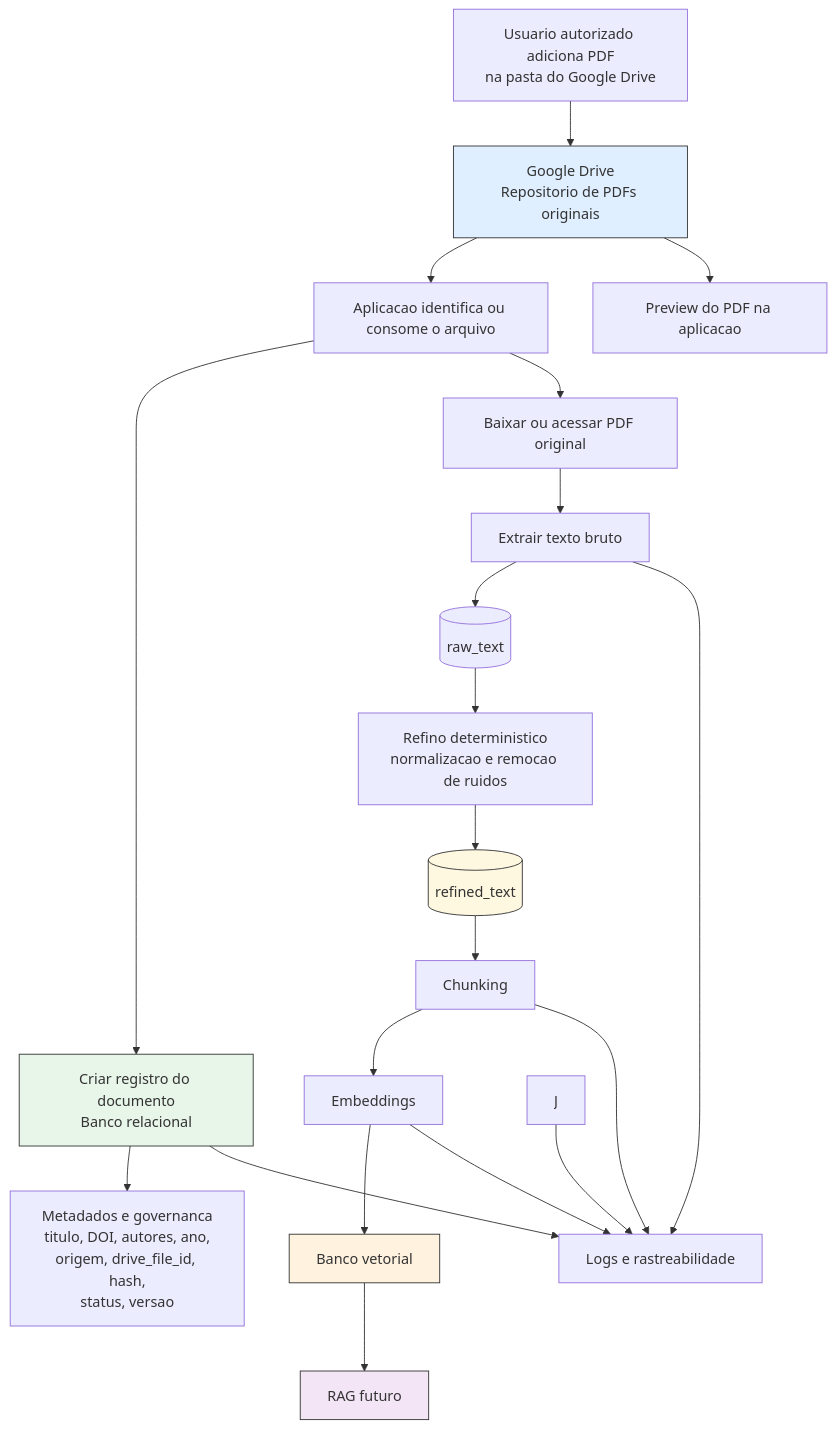
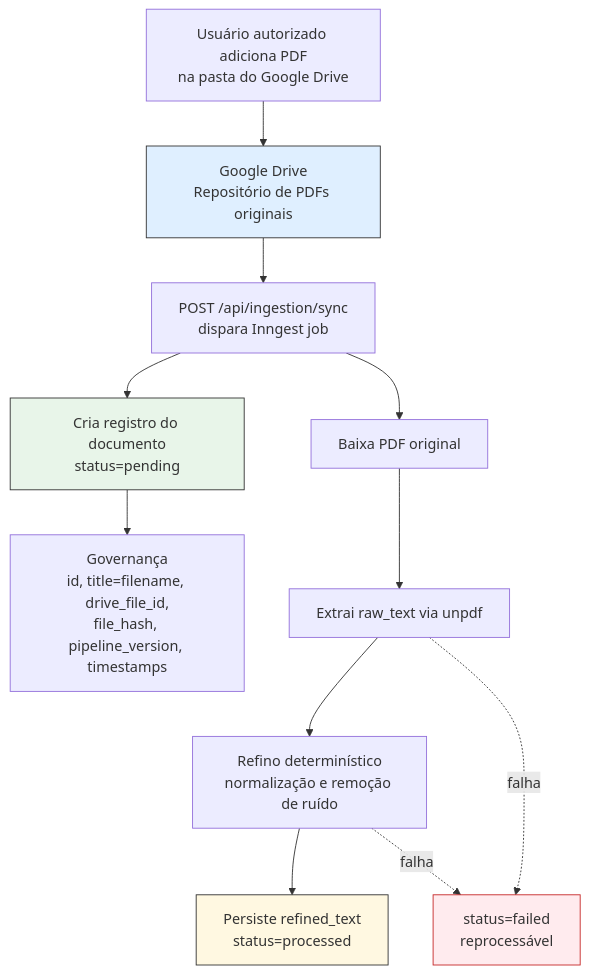
One commit to leosanner/rag-artigos-aia-petrobras changed the second of 4 diagrams in README.md. Above: the diagram before and after it, drawn with Mermaid. The commit also changed other lines of this file and 2 other files, not shown here.

First line of the commit message:
docs(readme): rewrite with architecture, query flow, stack and feature status

````diff
--- a/README.md
+++ b/README.md
@@ -15,34 +90,18 @@
 ```mermaid
 flowchart TD
-    A[Usuario autorizado adiciona PDF<br/>na pasta do Google Drive] --> B[Google Drive<br/>Repositorio de PDFs originais]
+    A[Usuário autorizado adiciona PDF<br/>na pasta do Google Drive] --> B[Google Drive<br/>Repositório de PDFs originais]
+    B --> C[POST /api/ingestion/sync<br/>dispara Inngest job]
+    C --> D[Cria registro do documento<br/>status=pending]
+    D --> D1[Governança<br/>id, title=filename, drive_file_id,<br/>file_hash, pipeline_version, timestamps]
+    C --> E[Baixa PDF original]
+    E --> F[Extrai raw_text via unpdf]
+    F --> G[Refino determinístico<br/>normalização e remoção de ruído]
+    G --> H[Persiste refined_text<br/>status=processed]
+    F -.falha.-> X[status=failed<br/>reprocessável]
+    G -.falha.-> X
 
-    B --> C[Aplicacao identifica ou consome o arquivo]
-    C --> D[Criar registro do documento<br/>Banco relacional]
-
-    D --> D1[Metadados e governanca<br/>titulo, DOI, autores, ano,<br/>origem, drive_file_id, hash,<br/>status, versao]
-
-    C --> E[Baixar ou acessar PDF original]
-    E --> F[Extrair texto bruto]
-    F --> G[(raw_text)]
-
-    G --> H[Refino deterministico<br/>normalizacao e remocao de ruidos]
-    H --> K[(refined_text)]
-
-    K --> L[Chunking]
-    L --> M[Embeddings]
-    M --> N[Banco vetorial]
-    N --> O[RAG futuro]
-
-    B --> P[Preview do PDF na aplicacao]
-    D --> Q[Logs e rastreabilidade]
-    F --> Q
-    J --> Q
-    L --> Q
-    M --> Q
-
-    style B fill:#dfefff,stroke:#333,stroke-width:1px
-    style D fill:#e8f5e9,stroke:#333,stroke-width:1px
-    style K fill:#fff8e1,stroke:#333,stroke-width:1px
-    style N fill:#fff3e0,stroke:#333,stroke-width:1px
-    style O fill:#f3e5f5,stroke:#333,stroke-width:1px
+    style B fill:#dfefff,stroke:#333
+    style D fill:#e8f5e9,stroke:#333
+    style H fill:#fff8e1,stroke:#333
+    style X fill:#ffebee,stroke:#c62828
 ```
````
